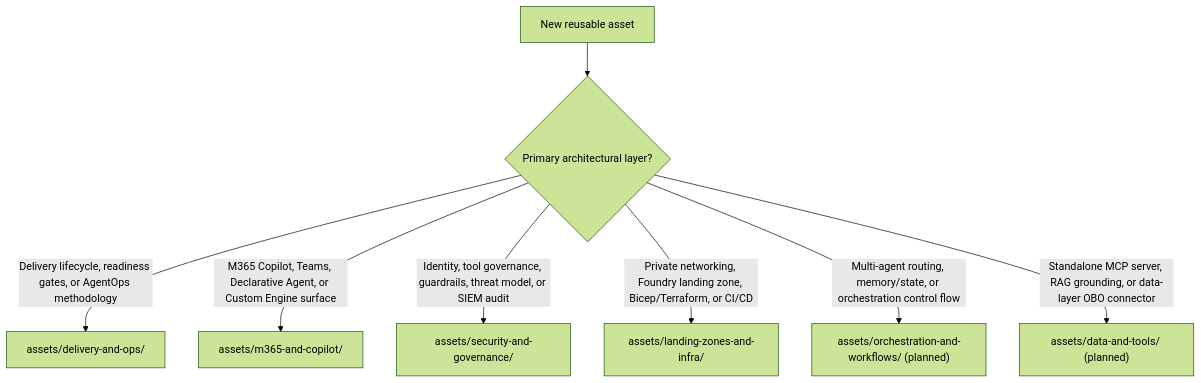
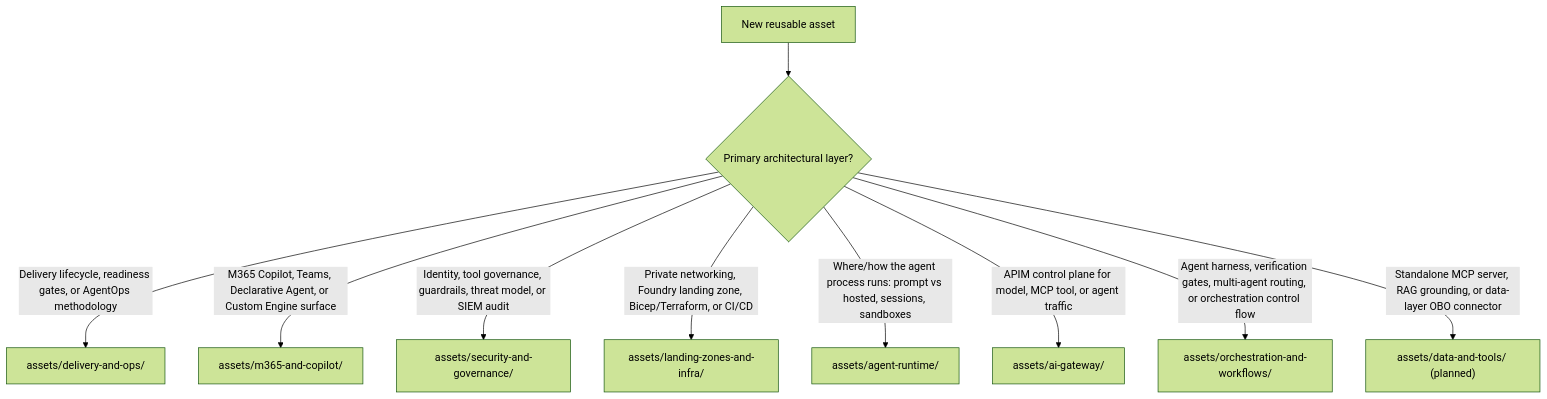
One commit to microsoft/azure-genai-design-patterns changed the diagram in assets/README.md. Above: the diagram before and after it, drawn with Mermaid (forest theme). The commit also changed other lines of this file and 125 other files, not shown here.

First line of the commit message:
Add agent-runtime, ai-gateway, orchestration categories with 8 wave-1 assets

````diff
--- a/assets/README.md
+++ b/assets/README.md
@@ -20,10 +22,12 @@
 ```mermaid
 flowchart TD
     A["New reusable asset"] --> B{"Primary architectural layer?"}
     B -- "Delivery lifecycle, readiness gates, or AgentOps methodology" --> C1["assets/delivery-and-ops/"]
     B -- "M365 Copilot, Teams, Declarative Agent, or Custom Engine surface" --> C2["assets/m365-and-copilot/"]
     B -- "Identity, tool governance, guardrails, threat model, or SIEM audit" --> C3["assets/security-and-governance/"]
     B -- "Private networking, Foundry landing zone, Bicep/Terraform, or CI/CD" --> C4["assets/landing-zones-and-infra/"]
-    B -- "Multi-agent routing, memory/state, or orchestration control flow" --> C5["assets/orchestration-and-workflows/ (planned)"]
+    B -- "Where/how the agent process runs: prompt vs hosted, sessions, sandboxes" --> C7["assets/agent-runtime/"]
+    B -- "APIM control plane for model, MCP tool, or agent traffic" --> C8["assets/ai-gateway/"]
+    B -- "Agent harness, verification gates, multi-agent routing, or orchestration control flow" --> C5["assets/orchestration-and-workflows/"]
     B -- "Standalone MCP server, RAG grounding, or data-layer OBO connector" --> C6["assets/data-and-tools/ (planned)"]
 ```
````
